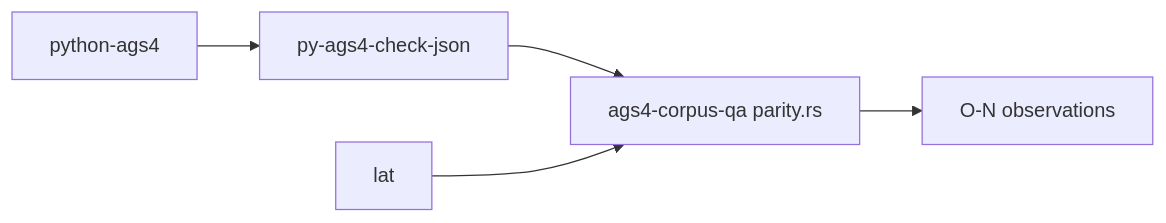
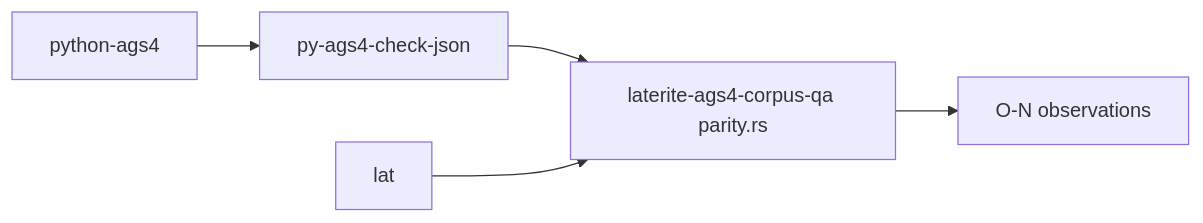
One commit to niko86/laterite changed the diagram in ags-wiki/tools/python-ags4.md. Above: the diagram before and after it, drawn with Mermaid. The commit also changed other lines of this file and 43 other files, not shown here.

First line of the commit message:
docs(wiki): sync tool-crate pages to the laterite-ags4-* rename

````diff
--- a/ags-wiki/tools/python-ags4.md
+++ b/ags-wiki/tools/python-ags4.md
@@ -35,7 +35,7 @@
 ```mermaid
 flowchart LR
   py[python-ags4] --> wrap[py-ags4-check-json]
-  wrap --> parity[ags4-corpus-qa parity.rs]
+  wrap --> parity[laterite-ags4-corpus-qa parity.rs]
   ags4check[lat] --> parity
   parity --> ON[O-N observations]
 ```
````
